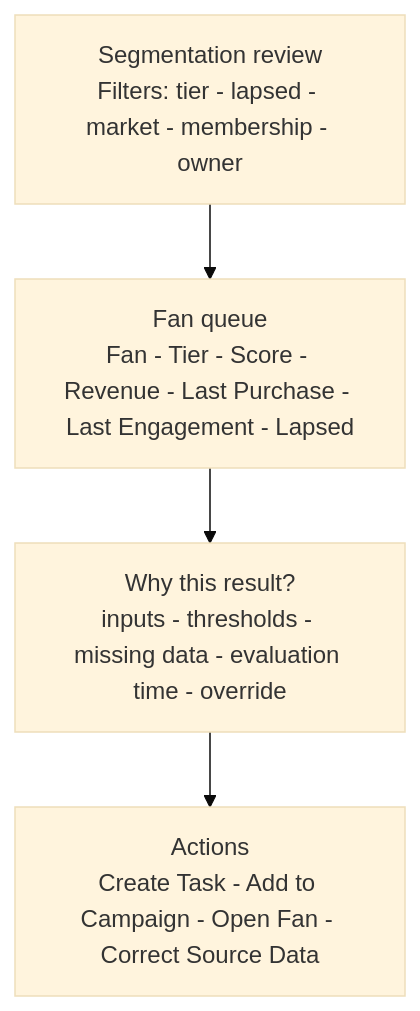
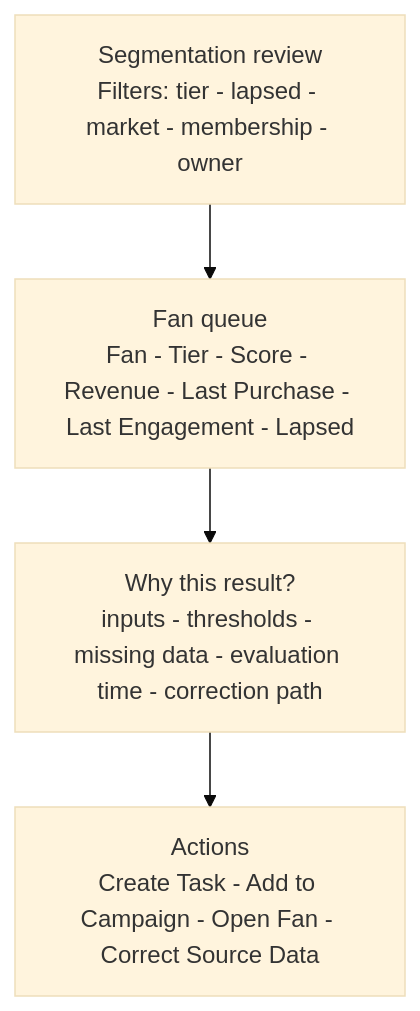
One commit to crsauer91/milehighdreamin changed the second of 2 diagrams in 03-design/02-wireframes/06-fan-tier-and-reactivation.md. Above: the diagram before and after it, drawn with Mermaid (base theme).

````diff
--- a/03-design/02-wireframes/06-fan-tier-and-reactivation.md
+++ b/03-design/02-wireframes/06-fan-tier-and-reactivation.md
@@ -25,7 +25,7 @@
 ```mermaid
 flowchart TB
   H[Segmentation review<br/>Filters: tier - lapsed - market - membership - owner]
   H --> Q[Fan queue<br/>Fan - Tier - Score - Revenue - Last Purchase - Last Engagement - Lapsed]
-  Q --> E[Why this result?<br/>inputs - thresholds - missing data - evaluation time - override]
+  Q --> E[Why this result?<br/>inputs - thresholds - missing data - evaluation time - correction path]
   E --> A[Actions<br/>Create Task - Add to Campaign - Open Fan - Correct Source Data]
 ```
````
